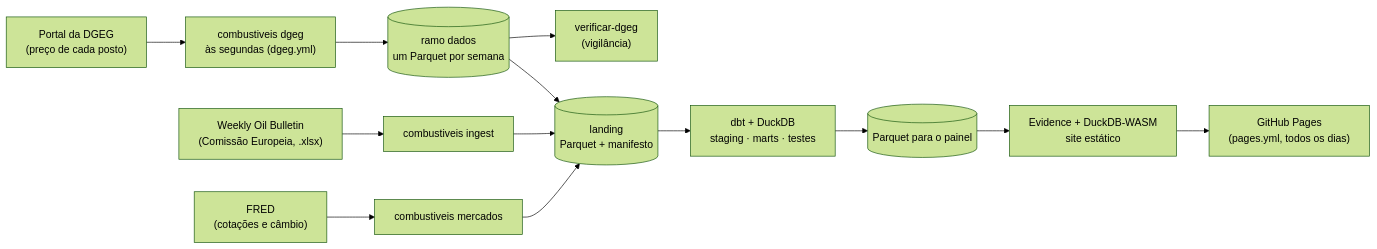
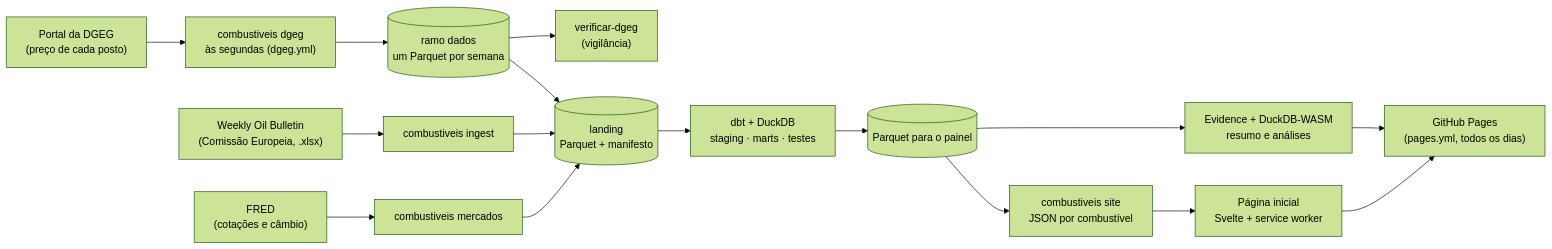
The diagram in README.md (JoseFerrao20/combustiveis-pt), drawn with Mermaid (forest theme) before and after one commit. The commit also changed other lines of this file and 22 other files, not shown here.

First line of the commit message:
Página inicial leve, fora do Evidence, e a funcionar com pouca rede (#31)

````diff
--- a/README.md
+++ b/README.md
@@ -58,15 +59,18 @@
 ```mermaid
 flowchart LR
   WOB["Weekly Oil Bulletin<br/>(Comissão Europeia, .xlsx)"] --> I["combustiveis ingest"]
   DGEG["Portal da DGEG<br/>(preço de cada posto)"] --> S["combustiveis dgeg<br/>às segundas (dgeg.yml)"]
   FRED["FRED<br/>(cotações e câmbio)"] --> M["combustiveis mercados"]
   S --> H[("ramo dados<br/>um Parquet por semana")]
   H --> V["verificar-dgeg<br/>(vigilância)"]
   H --> L
   I --> L[("landing<br/>Parquet + manifesto")]
   M --> L
   L --> D["dbt + DuckDB<br/>staging · marts · testes"]
   D --> R[("Parquet para o painel")]
-  R --> E["Evidence + DuckDB-WASM<br/>site estático"]
+  R --> E["Evidence + DuckDB-WASM<br/>resumo e análises"]
+  R --> J["combustiveis site<br/>JSON por combustível"]
+  J --> A["Página inicial<br/>Svelte + service worker"]
   E --> P["GitHub Pages<br/>(pages.yml, todos os dias)"]
+  A --> P
 ```
````
